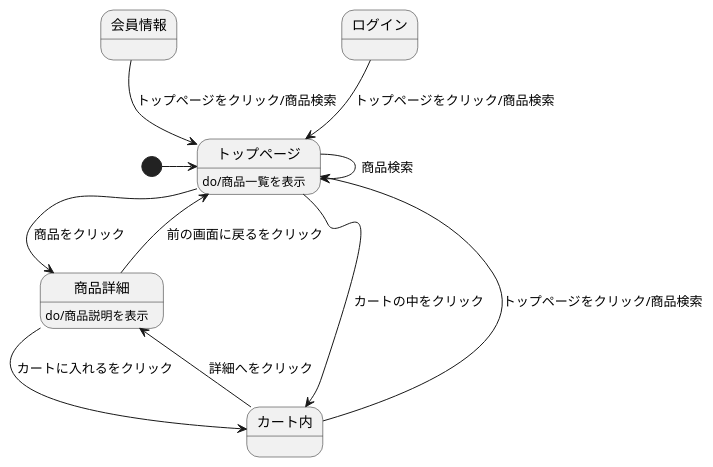
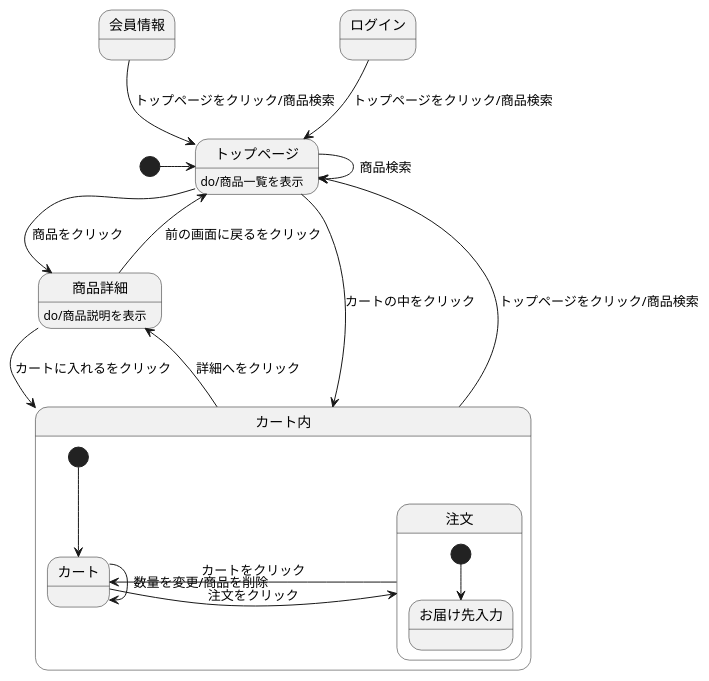
The diagram in kadai7.md (Aso2001195/2021sys-design), drawn with PlantUML before and after one commit.

````diff
--- a/kadai7.md
+++ b/kadai7.md
@@ -1,16 +1,26 @@
 ```uml
 @startuml
 [*] -> トップページ
 会員情報 --> トップページ :トップページをクリック/商品検索
 ログイン --> トップページ :トップページをクリック/商品検索
 トップページ -> トップページ :商品検索
 トップページ -> 商品詳細 :商品をクリック
 トップページ -> カート内 :カートの中をクリック
 トップページ : do/商品一覧を表示
 商品詳細 --> カート内 :カートに入れるをクリック
 商品詳細 --> トップページ :前の画面に戻るをクリック
 商品詳細 :do/商品説明を表示
 カート内 -up-> トップページ :トップページをクリック/商品検索
 カート内 ->商品詳細 :詳細へをクリック
+
+state カート内{
+[*] --> カート
+カート -> 注文 :注文をクリック
+カート -> カート :数量を変更/商品を削除
+注文 -> カート :カートをクリック
+state 注文{
+ [*] --> お届け先入力
+ }
+}
 @enduml
 ```
````
